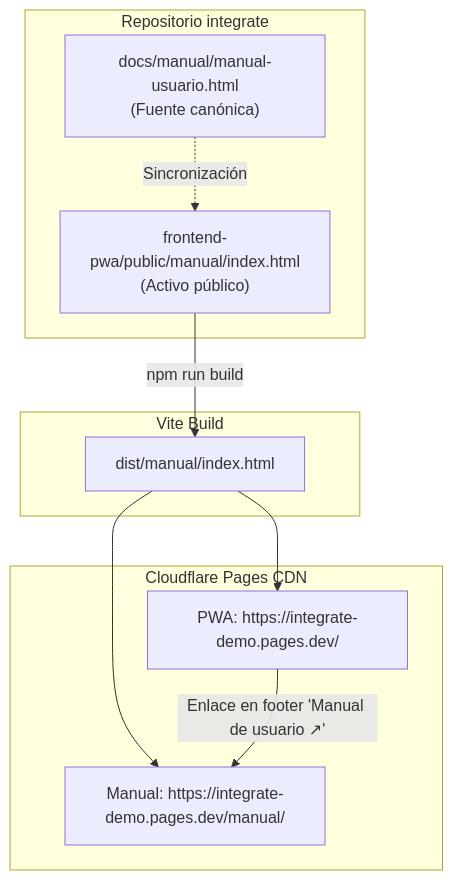
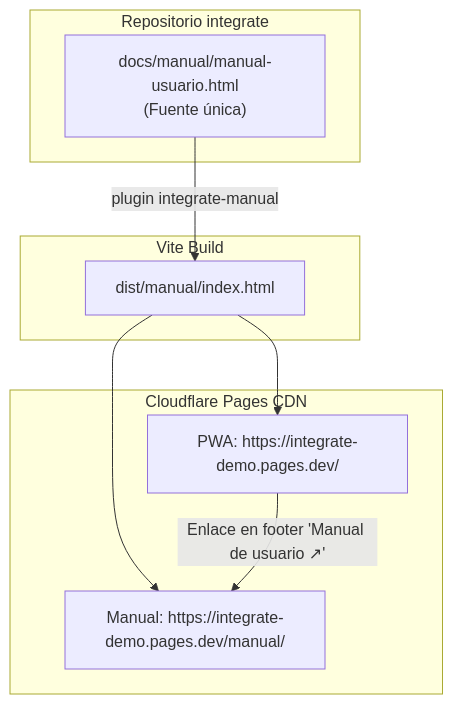
The diagram in docs/architecture/adr/ADR-0028-publicacion-manual-usuario-en-pwa.md (choclitoxd/integrate), drawn with Mermaid before and after one commit. The commit also changed other lines of this file and 8 other files, not shown here.

First line of the commit message:
refactor(frontend): [ADR-0028] publicar el manual desde una sola fuente

````diff
--- a/docs/architecture/adr/ADR-0028-publicacion-manual-usuario-en-pwa.md
+++ b/docs/architecture/adr/ADR-0028-publicacion-manual-usuario-en-pwa.md
@@ -43,19 +43,17 @@
 ```mermaid
 flowchart TD
     subgraph Repo [Repositorio integrate]
-        DOCS["docs/manual/manual-usuario.html<br/>(Fuente canónica)"]
-        PUB["frontend-pwa/public/manual/index.html<br/>(Activo público)"]
-        DOCS -.->|Sincronización| PUB
+        DOCS["docs/manual/manual-usuario.html<br/>(Fuente única)"]
     end
 
     subgraph Build [Vite Build]
-        PUB -->|npm run build| DIST["dist/manual/index.html"]
+        DOCS -->|plugin integrate-manual| DIST["dist/manual/index.html"]
     end
 
     subgraph Hosting [Cloudflare Pages CDN]
         DIST --> PWA["PWA: https://integrate-demo.pages.dev/"]
         DIST --> MAN["Manual: https://integrate-demo.pages.dev/manual/"]
     end
 
     PWA -->|Enlace en footer 'Manual de usuario ↗'| MAN
 ```
````
